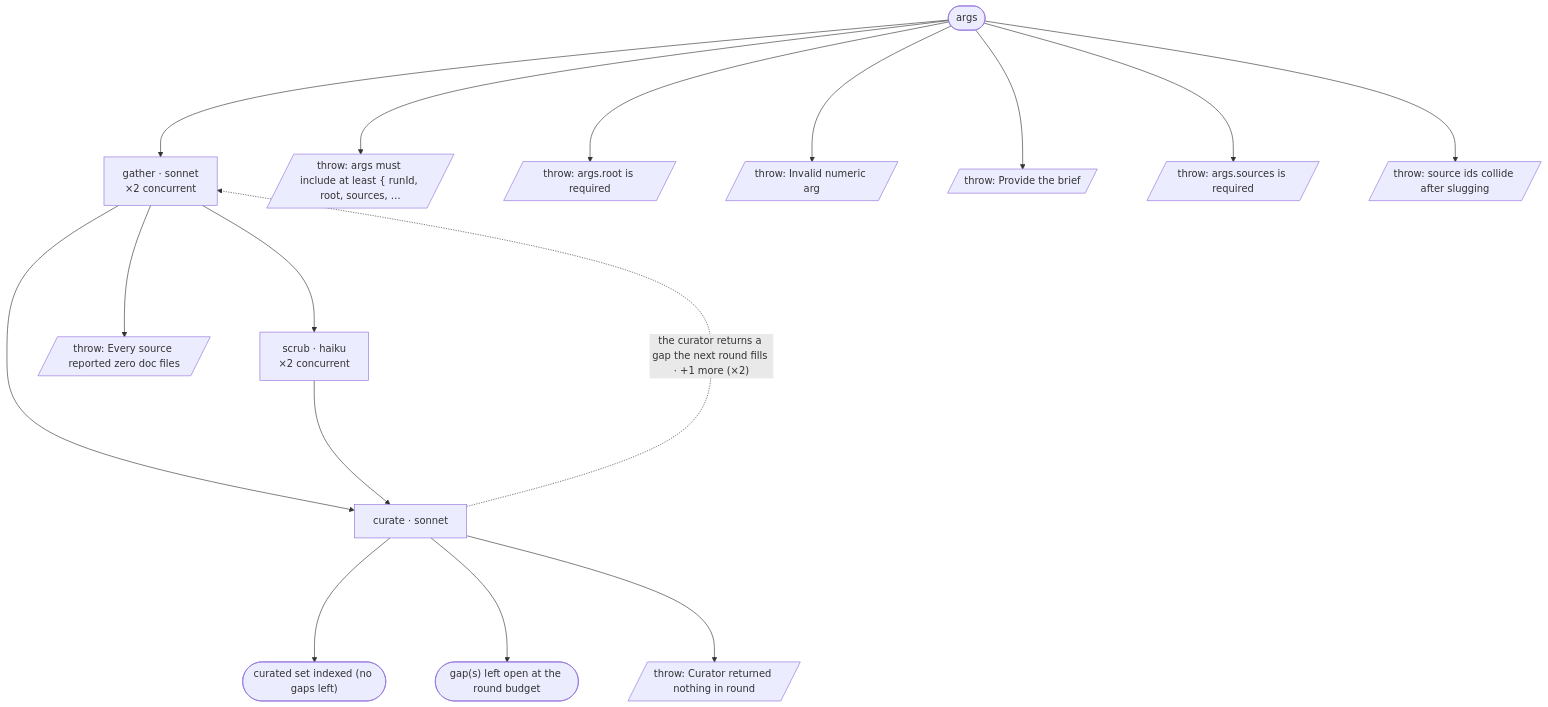
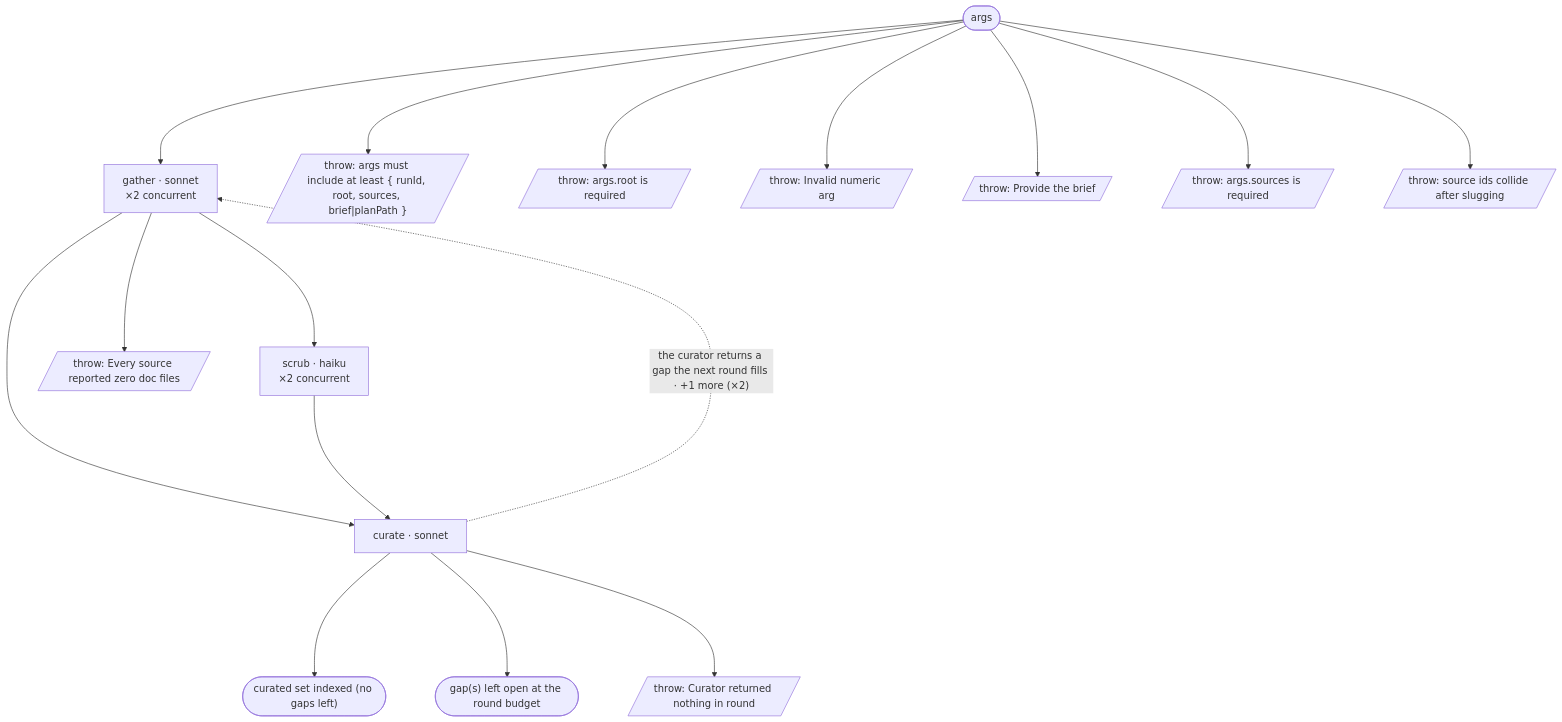
One commit to Blakeem/aipromptguide-workflows changed the diagram in workflows/docs/FLOW.md. Above: the diagram before and after it, drawn with Mermaid. The commit also changed other lines of this file and 11 other files, not shown here.

Commit message:
cleaned up flow files for display on website

````diff
--- a/workflows/docs/FLOW.md
+++ b/workflows/docs/FLOW.md
@@ -8,33 +8,33 @@
 ```mermaid
 %%{init: {"flowchart": {"nodeSpacing": 80, "rankSpacing": 200}}}%%
 flowchart TD
   S0(["args"])
   a1["gather · sonnet<br/>×2 concurrent"]
   a2["scrub · haiku<br/>×2 concurrent"]
   a3["curate · sonnet"]
   t1(["curated set indexed (no gaps left)"])
   t2(["gap(s) left open at the round budget"])
-  x1[/"throw: args must include at least { runId, root, sources, …"/]
+  x1[/"throw: args must include at least { runId, root, sources, brief#124;planPath }"/]
   x2[/"throw: args.root is required"/]
   x3[/"throw: Invalid numeric arg"/]
   x4[/"throw: Provide the brief"/]
   x5[/"throw: args.sources is required"/]
   x6[/"throw: source ids collide after slugging"/]
   x7[/"throw: Every source reported zero doc files"/]
   x8[/"throw: Curator returned nothing in round"/]
   S0 --> a1
   S0 --> x1
   S0 --> x2
   S0 --> x3
   S0 --> x4
   S0 --> x5
   S0 --> x6
   a1 --> a2
   a1 --> a3
   a1 --> x7
   a2 --> a3
   a3 -.->|"the curator returns a gap the next round fills · +1 more (×2)"| a1
   a3 --> t1
   a3 --> t2
   a3 --> x8
 ```
````
